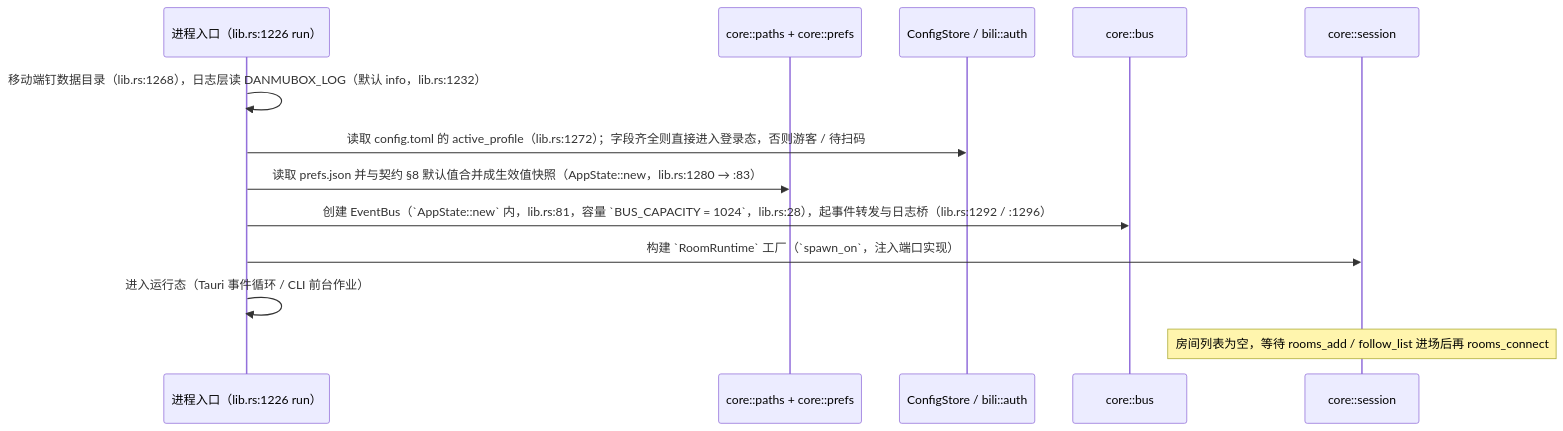
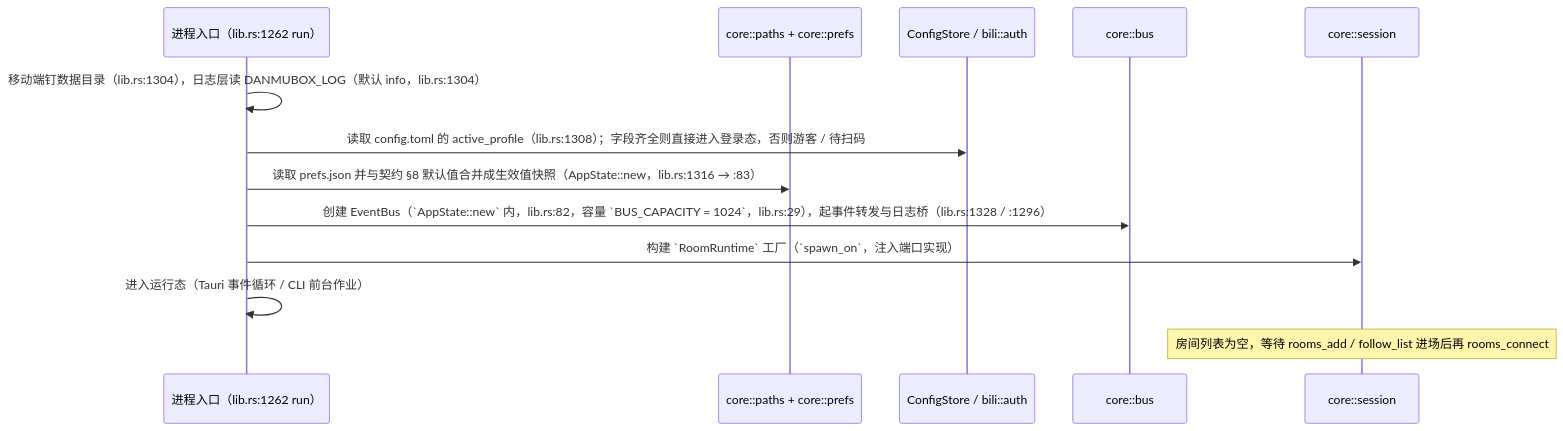
Before and after one commit to HakaseZ/danmubox: the sixth of 6 diagrams in docs/architecture.md, drawn with Mermaid. The commit also changed other lines of this file and 20 other files, not shown here.

````diff
--- a/docs/architecture.md
+++ b/docs/architecture.md
@@ -345,15 +348,15 @@
 ```mermaid
 sequenceDiagram
-  participant P as 进程入口（lib.rs:1226 run）
+  participant P as 进程入口（lib.rs:1262 run）
   participant F as core::paths + core::prefs
   participant A as ConfigStore / bili::auth
   participant B as core::bus
   participant S as core::session
-  P->>P: 移动端钉数据目录（lib.rs:1268），日志层读 DANMUBOX_LOG（默认 info，lib.rs:1232）
-  P->>A: 读取 config.toml 的 active_profile（lib.rs:1272）；字段齐全则直接进入登录态，否则游客 / 待扫码
-  P->>F: 读取 prefs.json 并与契约 §8 默认值合并成生效值快照（AppState::new，lib.rs:1280 → :83）
-  P->>B: 创建 EventBus（`AppState::new` 内，lib.rs:81，容量 `BUS_CAPACITY = 1024`，lib.rs:28），起事件转发与日志桥（lib.rs:1292 / :1296）
+  P->>P: 移动端钉数据目录（lib.rs:1304），日志层读 DANMUBOX_LOG（默认 info，lib.rs:1304）
+  P->>A: 读取 config.toml 的 active_profile（lib.rs:1308）；字段齐全则直接进入登录态，否则游客 / 待扫码
+  P->>F: 读取 prefs.json 并与契约 §8 默认值合并成生效值快照（AppState::new，lib.rs:1316 → :83）
+  P->>B: 创建 EventBus（`AppState::new` 内，lib.rs:82，容量 `BUS_CAPACITY = 1024`，lib.rs:29），起事件转发与日志桥（lib.rs:1328 / :1296）
   P->>S: 构建 `RoomRuntime` 工厂（`spawn_on`，注入端口实现）
   P->>P: 进入运行态（Tauri 事件循环 / CLI 前台作业）
   Note over S: 房间列表为空，等待 rooms_add / follow_list 进场后再 rooms_connect
 ```
````
